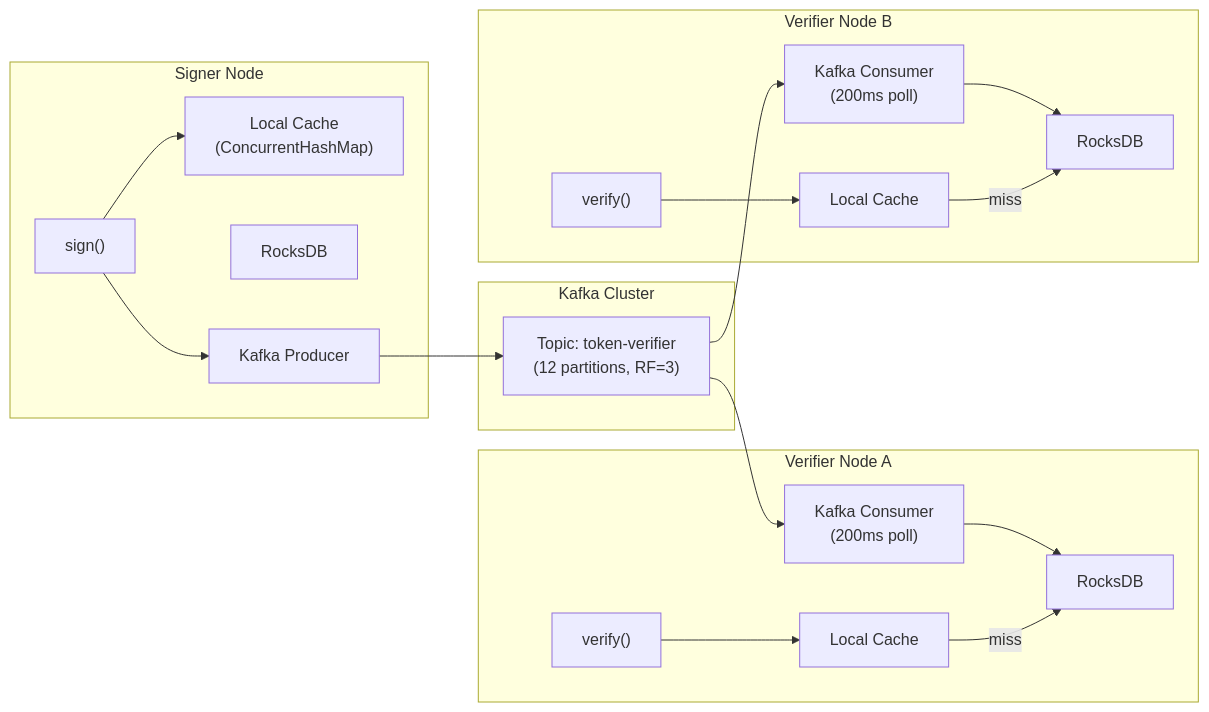
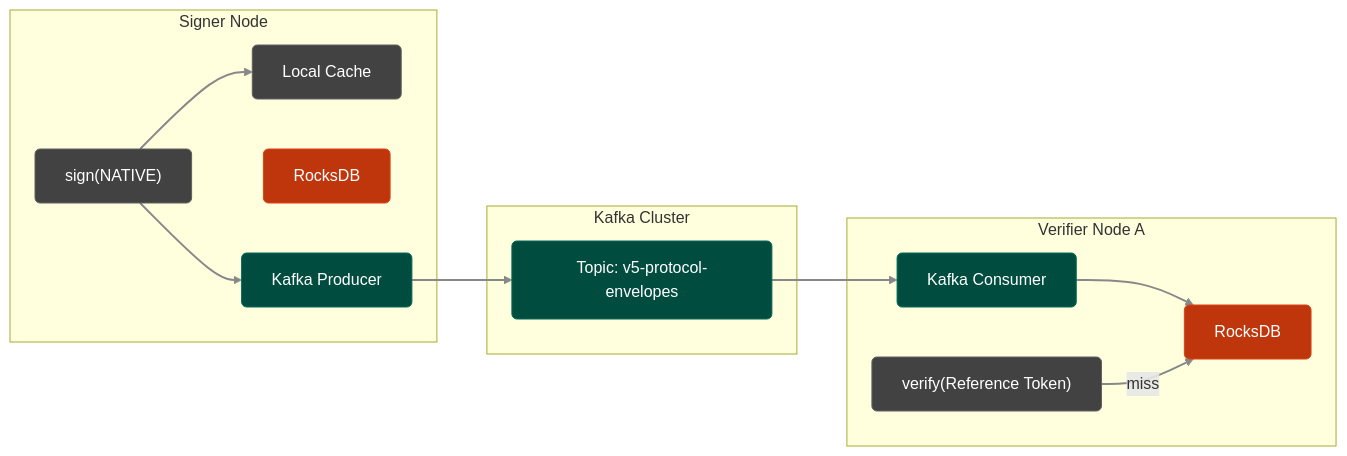
One commit to cyfko/veridot changed the diagram in docs/docs/modules/veridot-kafka.md. Above: the diagram before and after it, drawn with Mermaid. The commit also changed other lines of this file and 84 other files, not shown here.

Commit message:
docs: complete Protocol V5 documentation rewrite (including premium diagrams)

````diff
--- a/docs/docs/modules/veridot-kafka.md
+++ b/docs/docs/modules/veridot-kafka.md
@@ -38,40 +40,39 @@
 ```mermaid
 graph LR
+
+    %% Premium Theme
+    linkStyle default stroke:#888888,stroke-width:2px;
+    classDef default fill:#424242,stroke:#616161,stroke-width:1px,color:#fff,rx:5px,ry:5px;
+    classDef service fill:#4527a0,stroke:#5e35b1,stroke-width:1px,color:#fff,rx:5px,ry:5px;
+    classDef broker fill:#004d40,stroke:#00695c,stroke-width:1px,color:#fff,rx:5px,ry:5px;
+    classDef db fill:#bf360c,stroke:#d84315,stroke-width:1px,color:#fff,rx:5px,ry:5px;
+    classDef taas fill:#01579b,stroke:#0277bd,stroke-width:1px,color:#fff,rx:5px,ry:5px;
+
     subgraph "Signer Node"
-        S["sign()"]
-        LC1["Local Cache<br/>(ConcurrentHashMap)"]
+        S["sign(NATIVE)"]
+        LC1["Local Cache"]
         DB1["RocksDB"]
         P["Kafka Producer"]
     end
 
     subgraph "Kafka Cluster"
-        T["Topic: token-verifier<br/>(12 partitions, RF=3)"]
+        T["Topic: v5-protocol-envelopes"]
     end
 
     subgraph "Verifier Node A"
-        C1["Kafka Consumer<br/>(200ms poll)"]
-        LC2["Local Cache"]
+        C1["Kafka Consumer"]
         DB2["RocksDB"]
-        V1["verify()"]
-    end
-
-    subgraph "Verifier Node B"
-        C2["Kafka Consumer<br/>(200ms poll)"]
-        LC3["Local Cache"]
-        DB3["RocksDB"]
-        V2["verify()"]
+        V1["verify(Reference Token)"]
     end
 
     S --> LC1
     S --> P
     P --> T
     T --> C1
-    T --> C2
     C1 --> DB2
-    C2 --> DB3
-    V1 --> LC2
-    LC2 -->|miss| DB2
-    V2 --> LC3
-    LC3 -->|miss| DB3
+    V1 -->|miss| DB2
+
+    class P,T,C1 broker;
+    class DB1,DB2 db;
 
 ```
````
